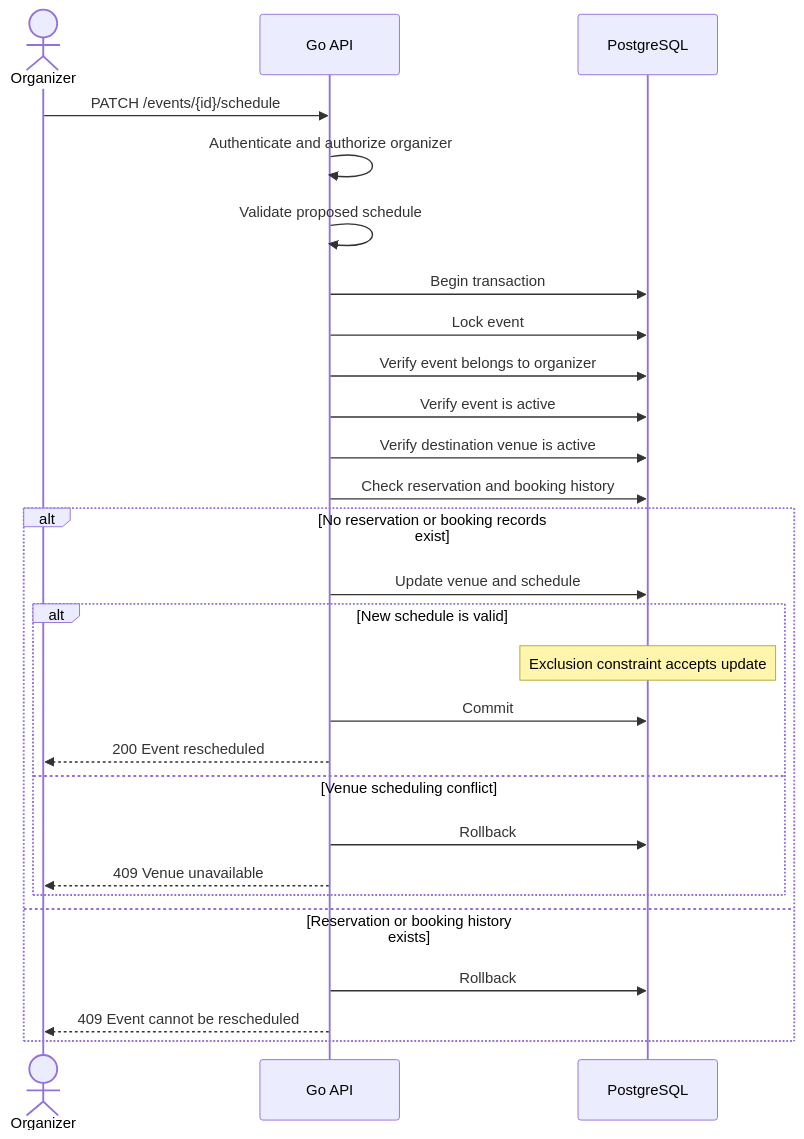
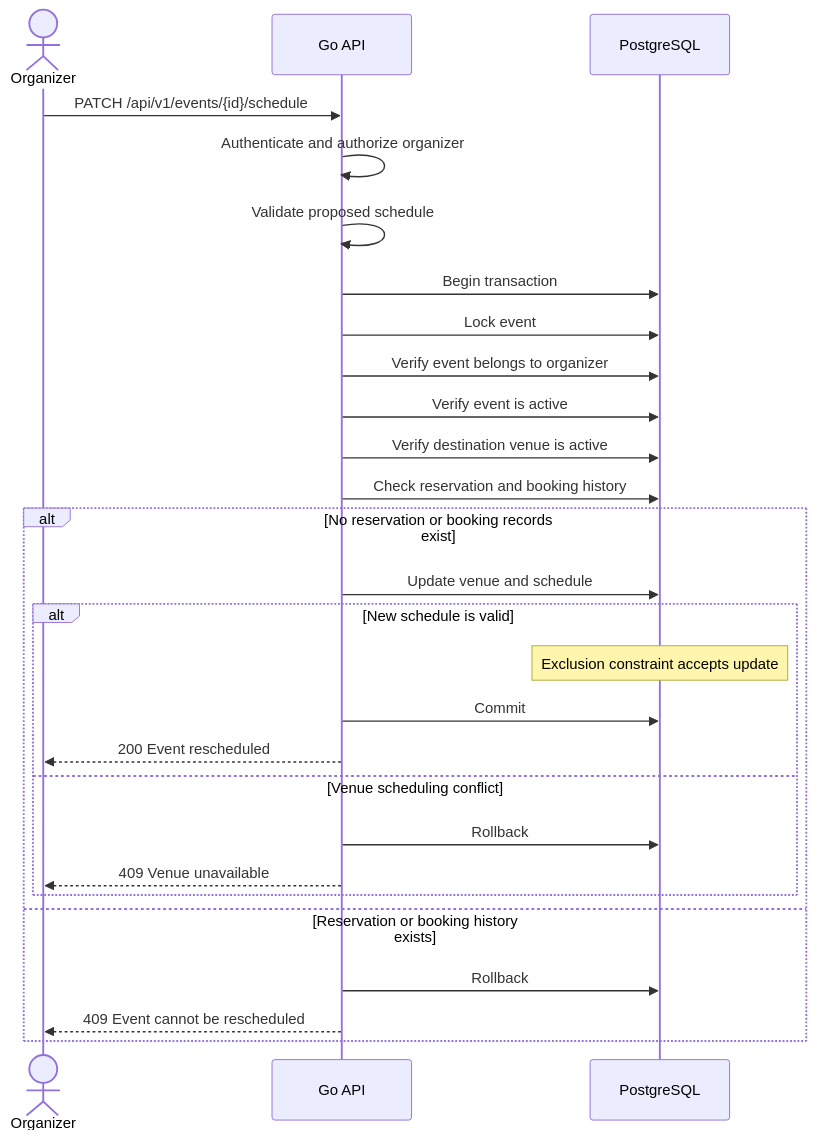
Before and after one commit to Punith1117/ticket-forge: the eighth of 15 diagrams in docs/sequence-diagrams.md, drawn with Mermaid. The commit also changed other lines of this file and 7 other files, not shown here.

````diff
--- a/docs/sequence-diagrams.md
+++ b/docs/sequence-diagrams.md
@@ -55,35 +301,35 @@
 ```mermaid
 sequenceDiagram
     actor O as Organizer
     participant API as Go API
     participant DB as PostgreSQL
 
-    O->>API: PATCH /events/{id}/schedule
+    O->>API: PATCH /api/v1/events/{id}/schedule
     API->>API: Authenticate and authorize organizer
     API->>API: Validate proposed schedule
 
     API->>DB: Begin transaction
     API->>DB: Lock event
     API->>DB: Verify event belongs to organizer
     API->>DB: Verify event is active
     API->>DB: Verify destination venue is active
     API->>DB: Check reservation and booking history
 
     alt No reservation or booking records exist
         API->>DB: Update venue and schedule
 
         alt New schedule is valid
             Note over DB: Exclusion constraint accepts update
             API->>DB: Commit
             API-->>O: 200 Event rescheduled
 
         else Venue scheduling conflict
             API->>DB: Rollback
             API-->>O: 409 Venue unavailable
         end
 
     else Reservation or booking history exists
         API->>DB: Rollback
         API-->>O: 409 Event cannot be rescheduled
     end
 ```
````
